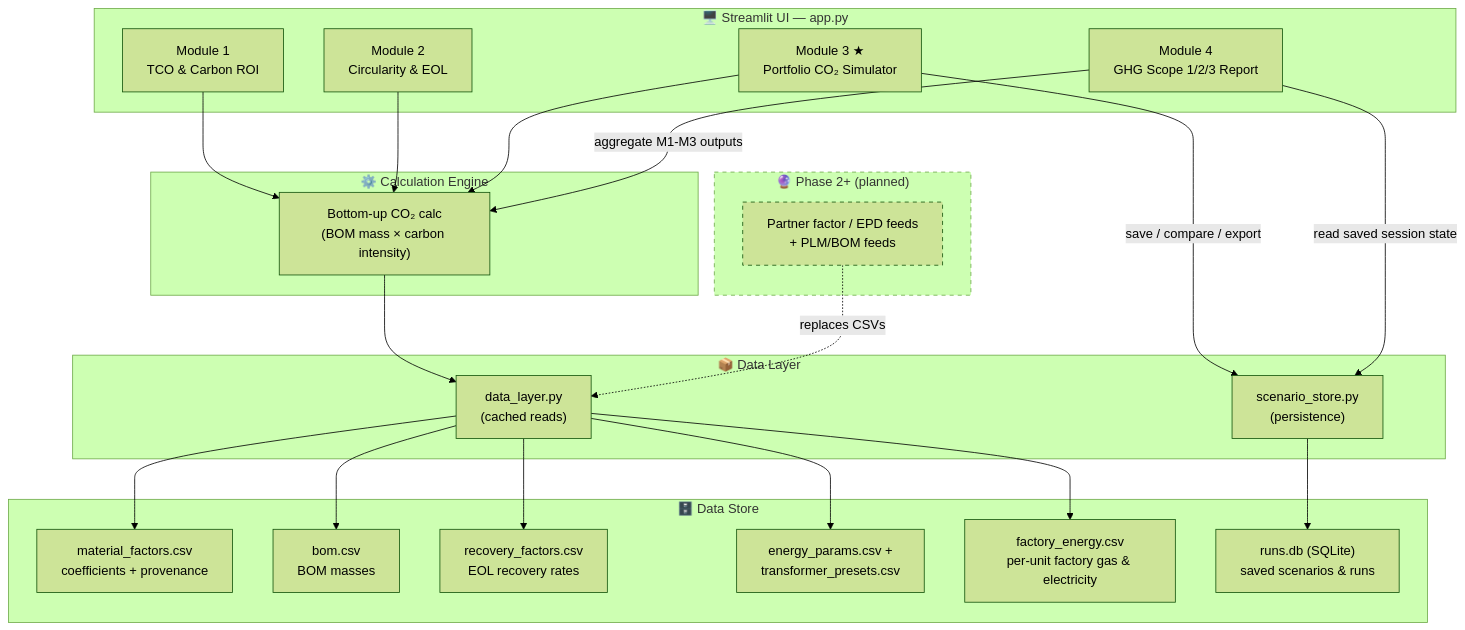
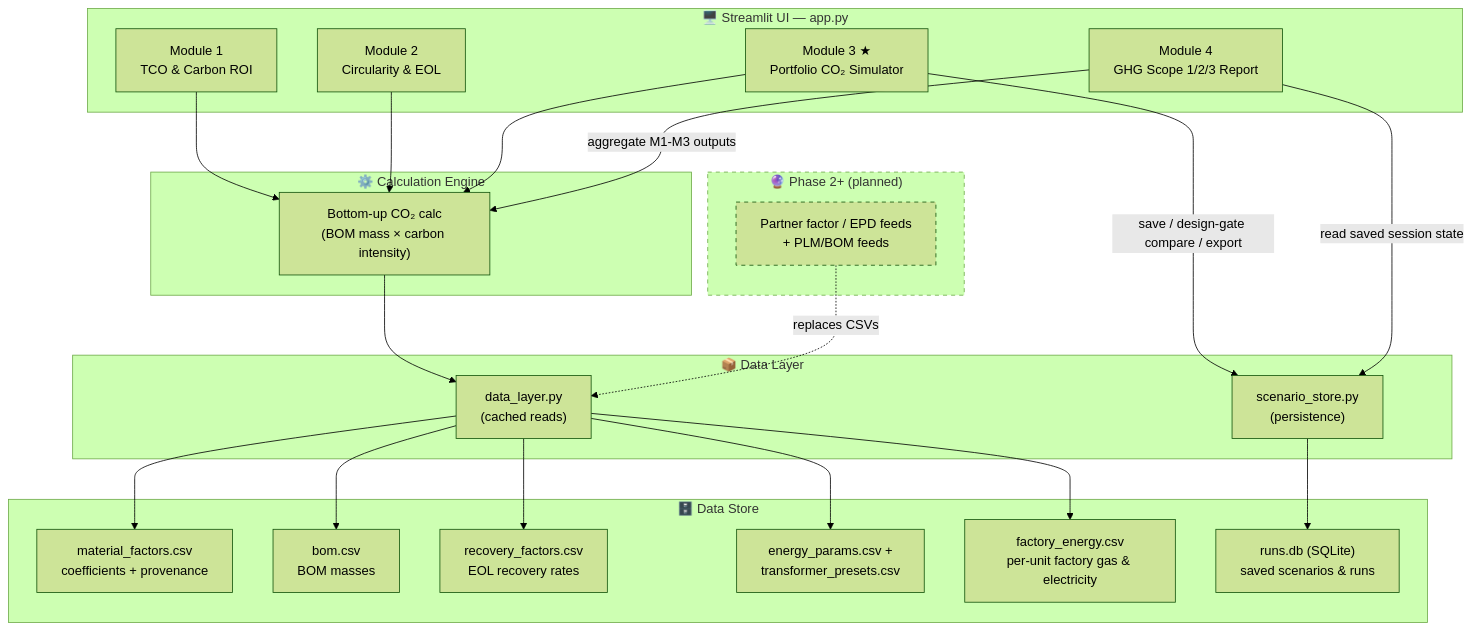
Before and after one commit to lugasraka/CO2-calculator-prototype-transformer: the first of 2 diagrams in README.md, drawn with Mermaid (forest theme). The commit also changed other lines of this file and 3 other files, not shown here.

Commit message:
feat: implement design-gate comparison feature in Portfolio CO₂ Simulator

````diff
--- a/README.md
+++ b/README.md
@@ -43,49 +43,49 @@
 ```mermaid
 flowchart TD
     subgraph UI["🖥️ Streamlit UI — app.py"]
         M1["Module 1<br/>TCO & Carbon ROI"]
         M2["Module 2<br/>Circularity & EOL"]
         M3["Module 3 ★<br/>Portfolio CO₂ Simulator"]
         M4["Module 4<br/>GHG Scope 1/2/3 Report"]
     end
 
     subgraph LOGIC["⚙️ Calculation Engine"]
         CALC["Bottom-up CO₂ calc<br/>(BOM mass × carbon intensity)"]
     end
 
     subgraph DATA["📦 Data Layer"]
         DL["data_layer.py<br/>(cached reads)"]
         SS["scenario_store.py<br/>(persistence)"]
     end
 
     subgraph STORE["🗄️ Data Store"]
         MF["material_factors.csv<br/>coefficients + provenance"]
         BOM["bom.csv<br/>BOM masses"]
         RF["recovery_factors.csv<br/>EOL recovery rates"]
         EP["energy_params.csv +<br/>transformer_presets.csv"]
         FE["factory_energy.csv<br/>per-unit factory gas & electricity"]
         DB["runs.db (SQLite)<br/>saved scenarios & runs"]
     end
 
     subgraph FUTURE["🔮 Phase 2+ (planned)"]
         FEED["Partner factor / EPD feeds<br/>+ PLM/BOM feeds"]
     end
 
     M1 --> CALC
     M2 --> CALC
     M3 --> CALC
     M4 -->|aggregate M1-M3 outputs| CALC
     CALC --> DL
-    M3 -->|save / compare / export| SS
+    M3 -->|save / design-gate compare / export| SS
     M4 -->|read saved session state| SS
     DL --> MF
     DL --> BOM
     DL --> RF
     DL --> EP
     DL --> FE
     SS --> DB
     FEED -.replaces CSVs.-> DL
 
     classDef future stroke-dasharray: 5 5;
     class FUTURE,FEED future;
 ```
````
